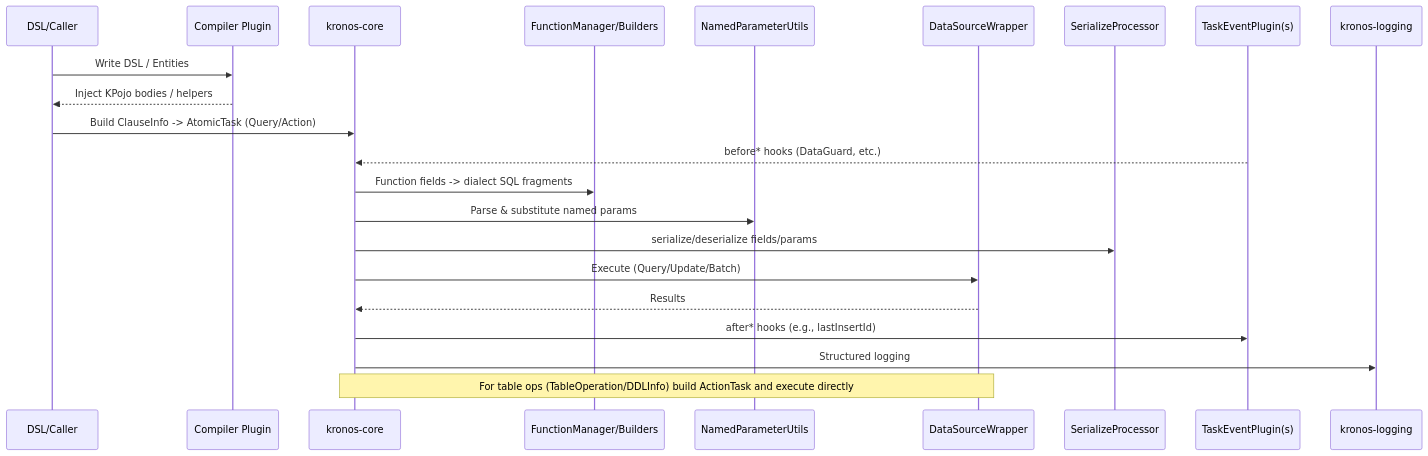
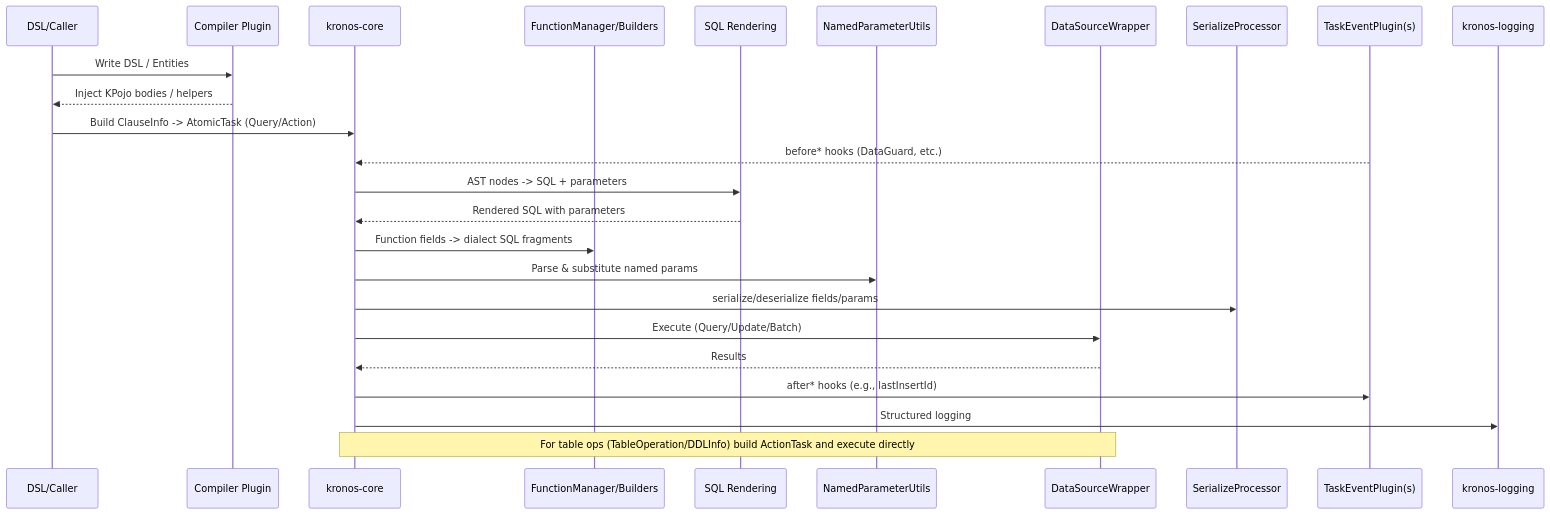
One commit to Kronos-orm/Kronos-orm changed the second of 2 diagrams in develop-docs/kronos-core/sections/en/04-Architecture.md. Above: the diagram before and after it, drawn with Mermaid. The commit also changed other lines of this file and 48 other files, not shown here.

Commit message:
[refactor] Update SQL AST structures for improved query handling and introduce new expression types

````diff
--- a/develop-docs/kronos-core/sections/en/04-Architecture.md
+++ b/develop-docs/kronos-core/sections/en/04-Architecture.md
@@ -103,26 +112,29 @@
 ```mermaid
 sequenceDiagram
   participant DSL as DSL/Caller
   participant KCP as Compiler Plugin
   participant CORE as kronos-core
   participant FUNC as FunctionManager/Builders
+  participant SQL as SQL Rendering
   participant NP as NamedParameterUtils
   participant DS as DataSourceWrapper
   participant SER as SerializeProcessor
   participant P as TaskEventPlugin(s)
   participant LOG as kronos-logging
 
   DSL->>KCP: Write DSL / Entities
   KCP-->>DSL: Inject KPojo bodies / helpers
   DSL->>CORE: Build ClauseInfo -> AtomicTask (Query/Action)
   P-->>CORE: before* hooks (DataGuard, etc.)
+  CORE->>SQL: AST nodes -> SQL + parameters
+  SQL-->>CORE: Rendered SQL with parameters
   CORE->>FUNC: Function fields -> dialect SQL fragments
   CORE->>NP: Parse & substitute named params
   CORE->>SER: serialize/deserialize fields/params
   CORE->>DS: Execute (Query/Update/Batch)
   DS-->>CORE: Results
   CORE->>P: after* hooks (e.g., lastInsertId)
   CORE->>LOG: Structured logging
 
   Note over CORE,DS: For table ops (TableOperation/DDLInfo) build ActionTask and execute directly
 ```
````
